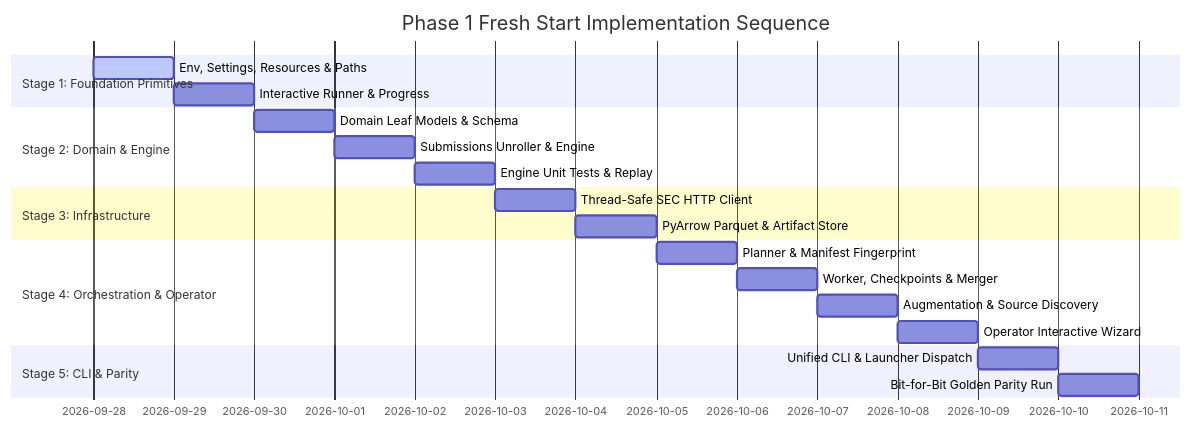
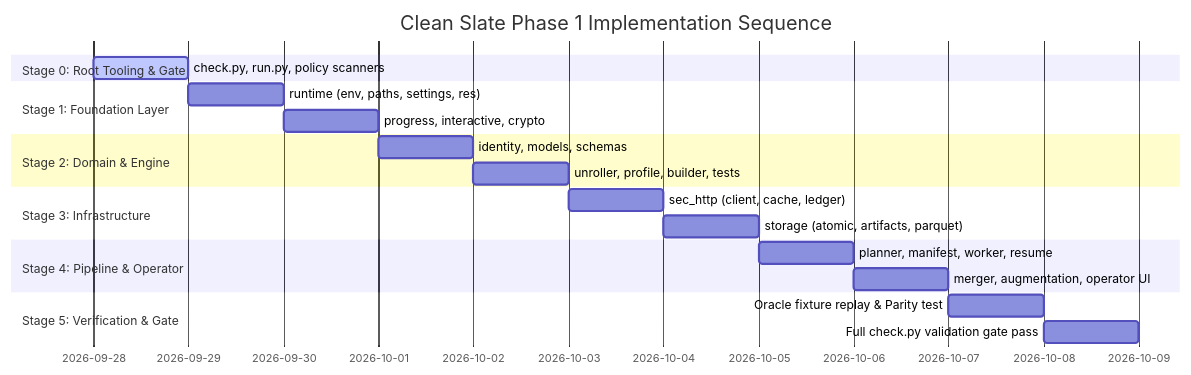
One commit to DerivedFunction01/edgar-sec changed the second of 2 diagrams in roadmap/refactor_v2/phase_1.md. Above: the diagram before and after it, drawn with Mermaid. The commit also changed other lines of this file and 634 other files, not shown here.

````diff
--- a/roadmap/refactor_v2/phase_1.md
+++ b/roadmap/refactor_v2/phase_1.md
@@ -227,23 +259,22 @@
 ```mermaid
 gantt
-    title Phase 1 Fresh Start Implementation Sequence
+    title Clean Slate Phase 1 Implementation Sequence
     dateFormat  YYYY-MM-DD
-    section Stage 1: Foundation Primitives
-    Env, Settings, Resources & Paths :active, p0, 2026-09-28, 1d
-    Interactive Runner & Progress   :p1, after p0, 1d
+    section Stage 0: Root Tooling & Gate
+    check.py, run.py, policy scanners   :active, s0, 2026-09-28, 1d
+    section Stage 1: Foundation Layer
+    runtime (env, paths, settings, res) :s1, after s0, 1d
+    progress, interactive, crypto       :s2, after s1, 1d
     section Stage 2: Domain & Engine
-    Domain Leaf Models & Schema     :p2, after p1, 1d
-    Submissions Unroller & Engine   :p3, after p2, 1d
-    Engine Unit Tests & Replay      :p4, after p3, 1d
+    identity, models, schemas           :s3, after s2, 1d
+    unroller, profile, builder, tests   :s4, after s3, 1d
     section Stage 3: Infrastructure
-    Thread-Safe SEC HTTP Client     :p5, after p4, 1d
-    PyArrow Parquet & Artifact Store:p6, after p5, 1d
-    section Stage 4: Orchestration & Operator
-    Planner & Manifest Fingerprint  :p7, after p6, 1d
-    Worker, Checkpoints & Merger    :p8, after p7, 1d
-    Augmentation & Source Discovery :p9, after p8, 1d
-    Operator Interactive Wizard     :p10, after p9, 1d
-    section Stage 5: CLI & Parity
-    Unified CLI & Launcher Dispatch :p11, after p10, 1d
-    Bit-for-Bit Golden Parity Run   :p12, after p11, 1d
+    sec_http (client, cache, ledger)    :s5, after s4, 1d
+    storage (atomic, artifacts, parquet):s6, after s5, 1d
+    section Stage 4: Pipeline & Operator
+    planner, manifest, worker, resume   :s7, after s6, 1d
+    merger, augmentation, operator UI   :s8, after s7, 1d
+    section Stage 5: Verification & Gate
+    Oracle fixture replay & Parity test :s9, after s8, 1d
+    Full check.py validation gate pass  :s10, after s9, 1d
 ```
````
